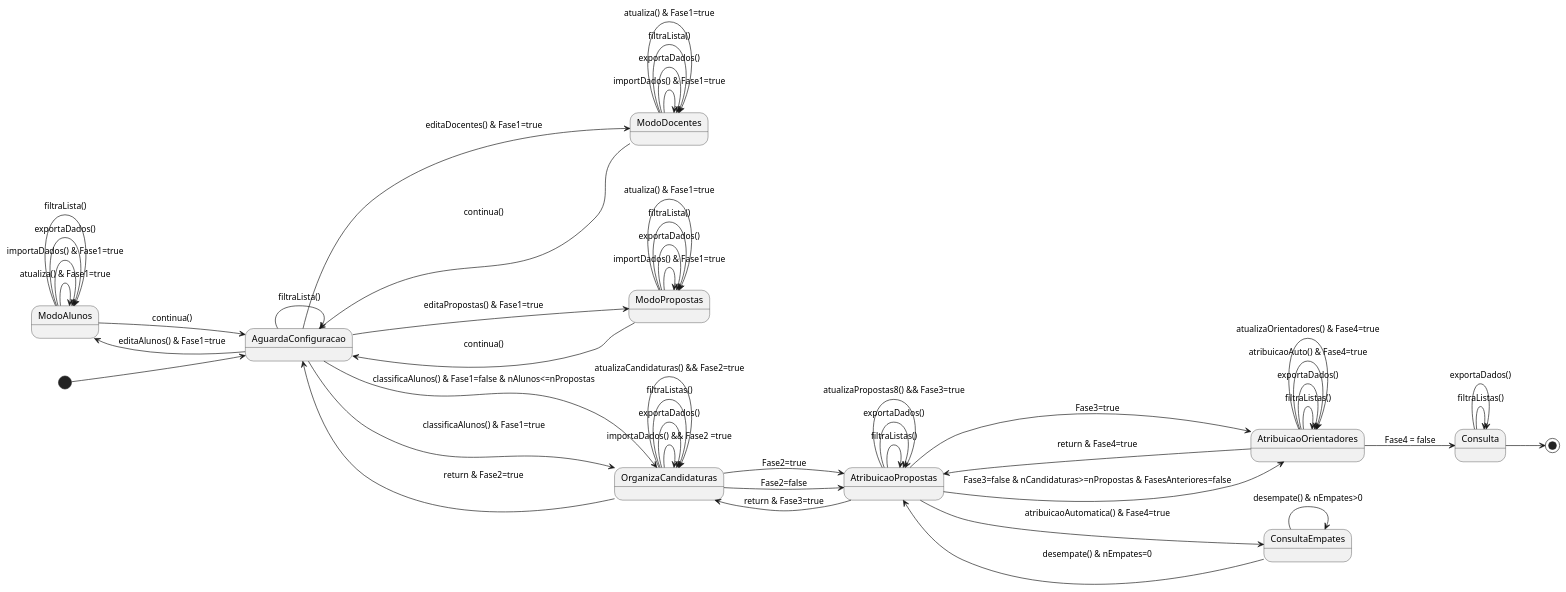
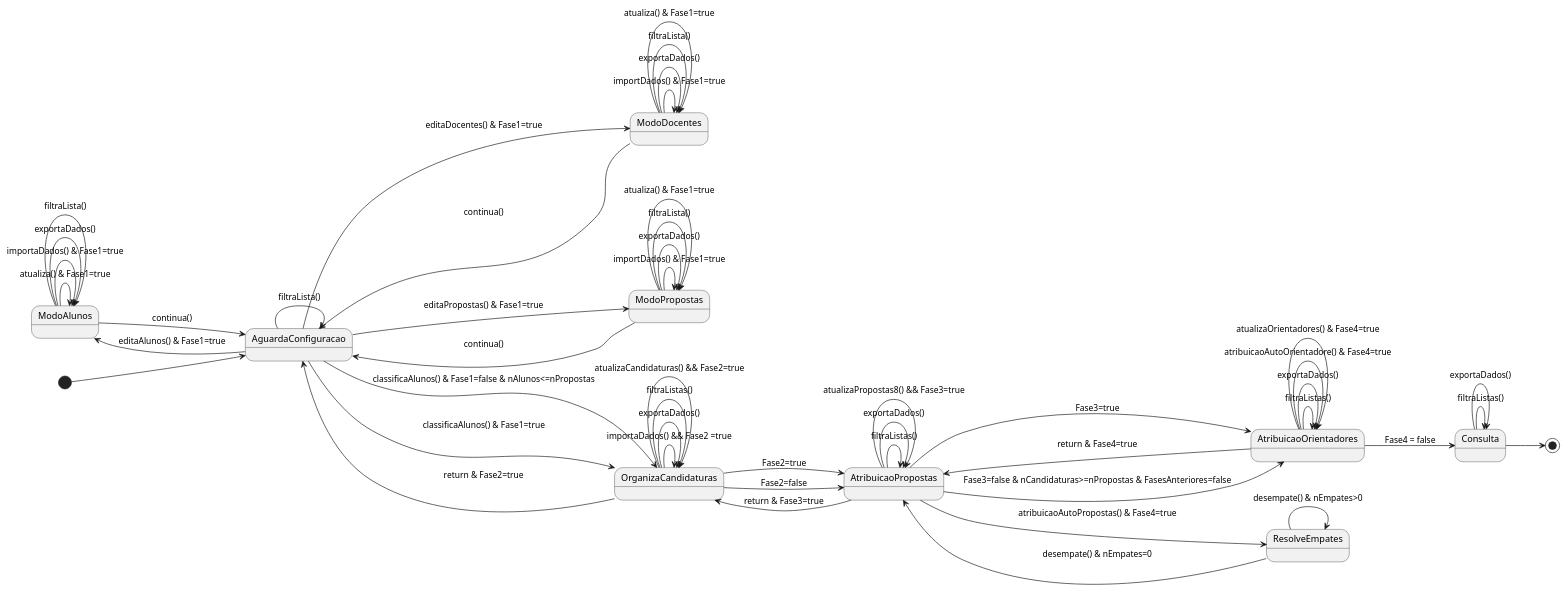
One commit to ana-sv/Apoio_poe changed the diagram in DigramaDeEstados.PlantUML. Above: the diagram before and after it, drawn with PlantUML. The commit also changed 15 other files, not shown here.

```diff
--- a/DigramaDeEstados.PlantUML
+++ b/DigramaDeEstados.PlantUML
@@ -1,77 +1,78 @@
 @startuml
 left to right direction
 
 [*] --> AguardaConfiguracao 
+
 
 ' AguardaConfiguracao --> FASE1
 AguardaConfiguracao --> AguardaConfiguracao : filtraLista()
 AguardaConfiguracao --> ModoAlunos : editaAlunos() & Fase1=true 
 AguardaConfiguracao --> ModoDocentes : editaDocentes() & Fase1=true 
 AguardaConfiguracao --> ModoPropostas : editaPropostas() & Fase1=true 
 AguardaConfiguracao --> OrganizaCandidaturas : classificaAlunos() & Fase1=false & nAlunos<=nPropostas
 AguardaConfiguracao --> OrganizaCandidaturas : classificaAlunos() & Fase1=true  
 
 
 ' ModoAlunos - FASE1 
 ModoAlunos --> ModoAlunos : importaDados() & Fase1=true 
 ModoAlunos --> ModoAlunos : exportaDados()
 ModoAlunos --> ModoAlunos : filtraLista()
 ModoAlunos -> ModoAlunos : atualiza() & Fase1=true
 ModoAlunos --> AguardaConfiguracao : continua()
 
 ' ModoDocentes - FASE1 
 ModoDocentes --> ModoDocentes : importDados() & Fase1=true
 ModoDocentes --> ModoDocentes : exportaDados() 
 ModoDocentes --> ModoDocentes : filtraLista() 
 ModoDocentes --> ModoDocentes : atualiza() & Fase1=true 
 ModoDocentes --> AguardaConfiguracao: continua() 
 
 ' ModoPropostas - FASE1
 ModoPropostas --> ModoPropostas : importDados() & Fase1=true 
 ModoPropostas --> ModoPropostas : exportaDados() 
 ModoPropostas --> ModoPropostas : filtraLista() 
 ModoPropostas --> ModoPropostas : atualiza() & Fase1=true 
 ModoPropostas --> AguardaConfiguracao: continua() 
 
 
 ' OrganizaCandidatura - FASE2
 OrganizaCandidaturas --> AguardaConfiguracao : return & Fase2=true 
 OrganizaCandidaturas --> OrganizaCandidaturas : importaDados() && Fase2 =true 
 OrganizaCandidaturas --> OrganizaCandidaturas : exportaDados() 
 OrganizaCandidaturas --> OrganizaCandidaturas : filtraListas() 
 OrganizaCandidaturas --> OrganizaCandidaturas : atualizaCandidaturas() && Fase2=true 
 OrganizaCandidaturas --> AtribuicaoPropostas : Fase2=true 
 OrganizaCandidaturas --> AtribuicaoPropostas : Fase2=false 
 
 ' AtribuicaoPropostas -FASE3
 AtribuicaoPropostas --> OrganizaCandidaturas : return & Fase3=true 
 AtribuicaoPropostas --> AtribuicaoPropostas : filtraListas() 
 AtribuicaoPropostas --> AtribuicaoPropostas : exportaDados() 
 AtribuicaoPropostas --> AtribuicaoPropostas : atualizaPropostas8() && Fase3=true 
-AtribuicaoPropostas --> ConsultaEmpates : atribuicaoAutomatica() & Fase4=true 
+AtribuicaoPropostas --> ResolveEmpates : atribuicaoAutoPropostas() & Fase4=true 
 AtribuicaoPropostas --> AtribuicaoOrientadores : Fase3=true 
 AtribuicaoPropostas --> AtribuicaoOrientadores : Fase3=false & nCandidaturas>=nPropostas & FasesAnteriores=false 
 
 ' ConsultaEmpates - FASE4
-ConsultaEmpates --> ConsultaEmpates : desempate() & nEmpates>0
-ConsultaEmpates --> AtribuicaoPropostas : desempate() & nEmpates=0
+ResolveEmpates --> ResolveEmpates : desempate() & nEmpates>0
+ResolveEmpates --> AtribuicaoPropostas : desempate() & nEmpates=0
 
 ' AtribuicaoOrientadores - FASE4
 AtribuicaoOrientadores --> AtribuicaoPropostas : return & Fase4=true 
 AtribuicaoOrientadores -> AtribuicaoOrientadores : filtraListas() 
 AtribuicaoOrientadores --> AtribuicaoOrientadores : exportaDados()
-AtribuicaoOrientadores --> AtribuicaoOrientadores : atribuicaoAuto() & Fase4=true 
+AtribuicaoOrientadores --> AtribuicaoOrientadores : atribuicaoAutoOrientadore() & Fase4=true 
 AtribuicaoOrientadores --> AtribuicaoOrientadores : atualizaOrientadores() & Fase4=true 
 AtribuicaoOrientadores --> Consulta : Fase4 = false 
 
 ' Consulta - FASE5
 Consulta --> Consulta : exportaDados() 
 Consulta -> Consulta : filtraListas() 
 Consulta --> [*]
 
 
 
 
 
 
 @enduml
```
